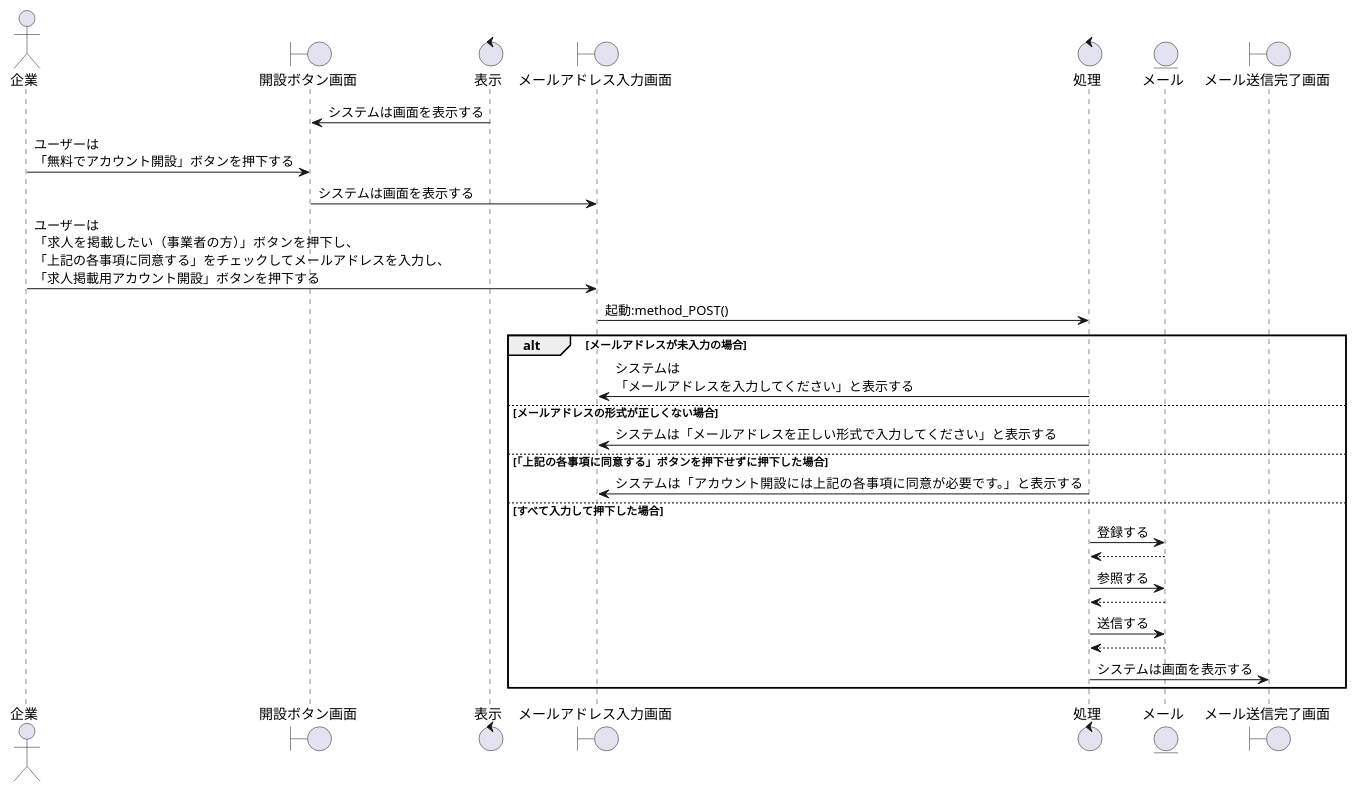
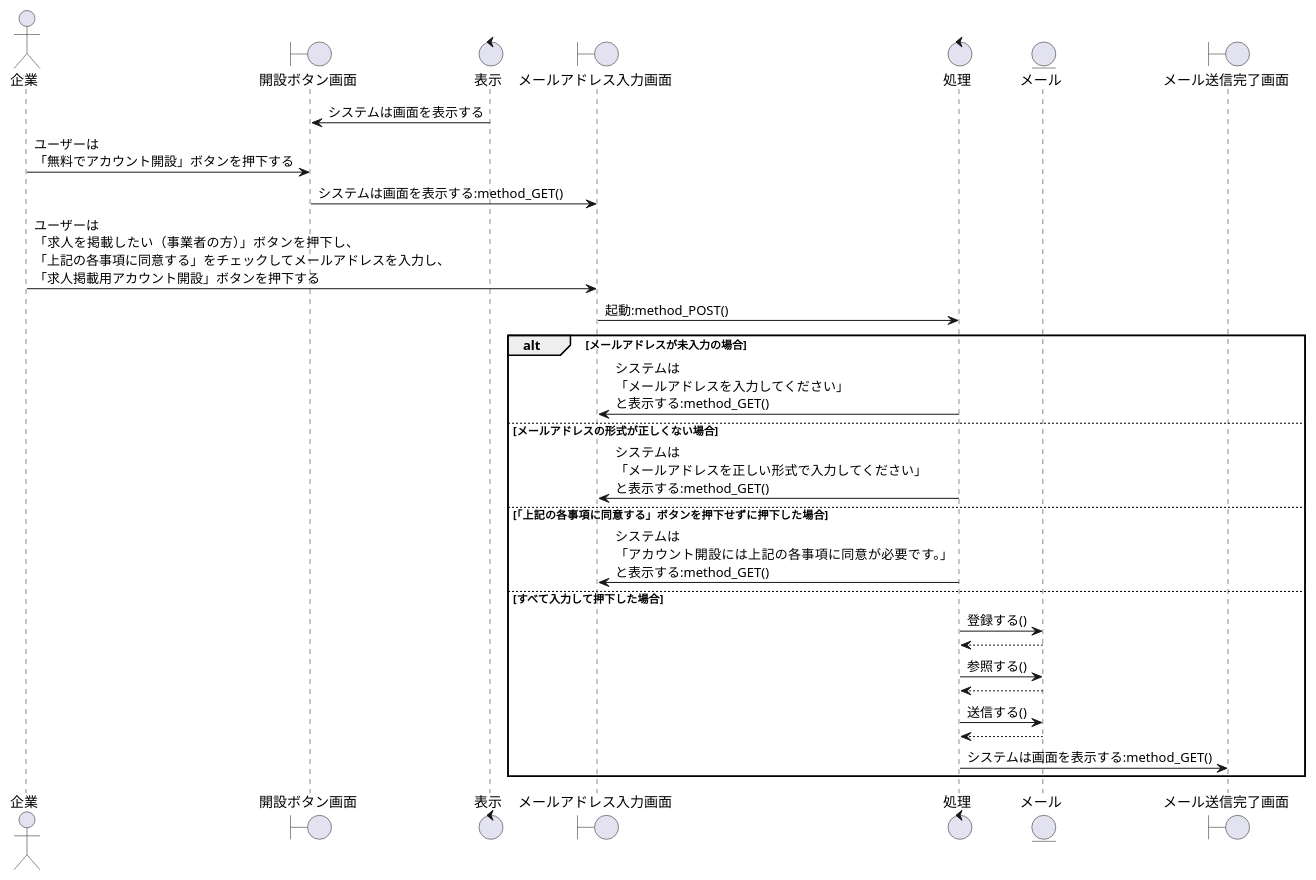
One commit to irukacb256/high_Me changed the diagram in sequence_fig/1_login_fn/3_1_アカウント開設をする.pu. Above: the diagram before and after it, drawn with PlantUML. The commit also changed 21 other files, not shown here.

```diff
--- a/sequence_fig/1_login_fn/3_1_アカウント開設をする.pu
+++ b/sequence_fig/1_login_fn/3_1_アカウント開設をする.pu
@@ -1,44 +1,44 @@
 @startuml アカウント開設をする
 
 ' 1
 actor 企業 as cp1
 
 boundary 開設ボタン画面 as onv1
 control 表示 as co1
 
 boundary メールアドレス入力画面 as mav1
 control 処理 as co2
 
 entity メール as ml1
 
 boundary メール送信完了画面 as msv1
 
 ' 2
 co1 -> onv1 : システムは画面を表示する
 cp1 -> onv1 : ユーザーは\n「無料でアカウント開設」ボタンを押下する
-onv1 -> mav1 : システムは画面を表示する
+onv1 -> mav1 : システムは画面を表示する:method_GET()
 cp1 -> mav1 : ユーザーは\n「求人を掲載したい（事業者の方）」ボタンを押下し、\n「上記の各事項に同意する」をチェックしてメールアドレスを入力し、\n「求人掲載用アカウント開設」ボタンを押下する
 
 mav1 -> co2 : 起動:method_POST()
 
 
 alt メールアドレスが未入力の場合
-    co2 -> mav1 : システムは\n「メールアドレスを入力してください」と表示する
+    co2 -> mav1 : システムは\n「メールアドレスを入力してください」\nと表示する:method_GET()
 
 else メールアドレスの形式が正しくない場合
-    co2 -> mav1 : システムは「メールアドレスを正しい形式で入力してください」と表示する
+    co2 -> mav1 : システムは\n「メールアドレスを正しい形式で入力してください」\nと表示する:method_GET()
 
 else 「上記の各事項に同意する」ボタンを押下せずに押下した場合
-    co2 -> mav1 : システムは「アカウント開設には上記の各事項に同意が必要です。」と表示する
+    co2 -> mav1 : システムは\n「アカウント開設には上記の各事項に同意が必要です。」\nと表示する:method_GET()
 
 else すべて入力して押下した場合
-    co2 -> ml1 : 登録する
+    co2 -> ml1 : 登録する()
     co2 <-- ml1
-    co2 -> ml1 : 参照する
+    co2 -> ml1 : 参照する()
     co2 <-- ml1
-    co2 -> ml1 : 送信する
+    co2 -> ml1 : 送信する()
     co2 <-- ml1
-    co2 -> msv1 : システムは画面を表示する 
+    co2 -> msv1 : システムは画面を表示する:method_GET()
 
 end
 @enduml
```
